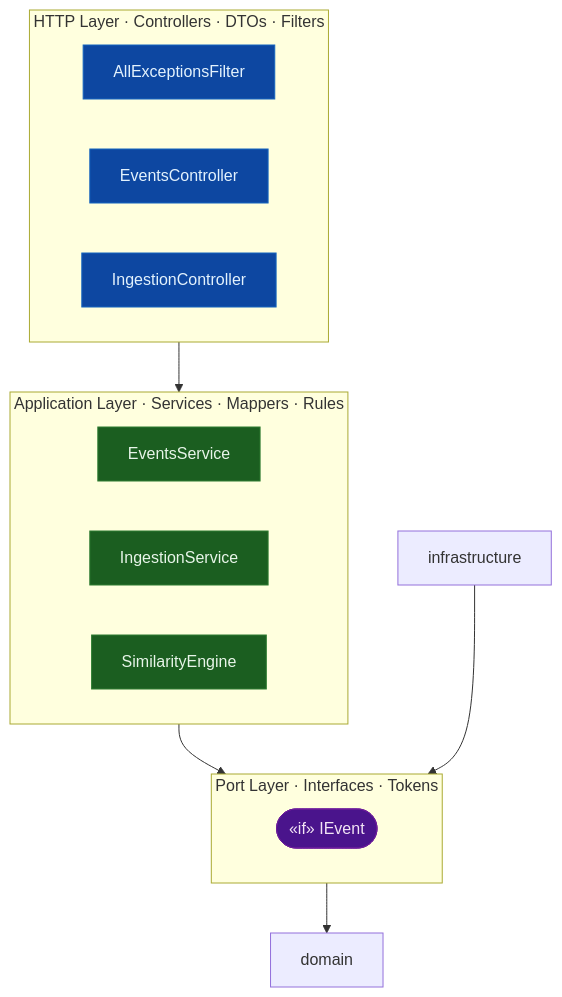
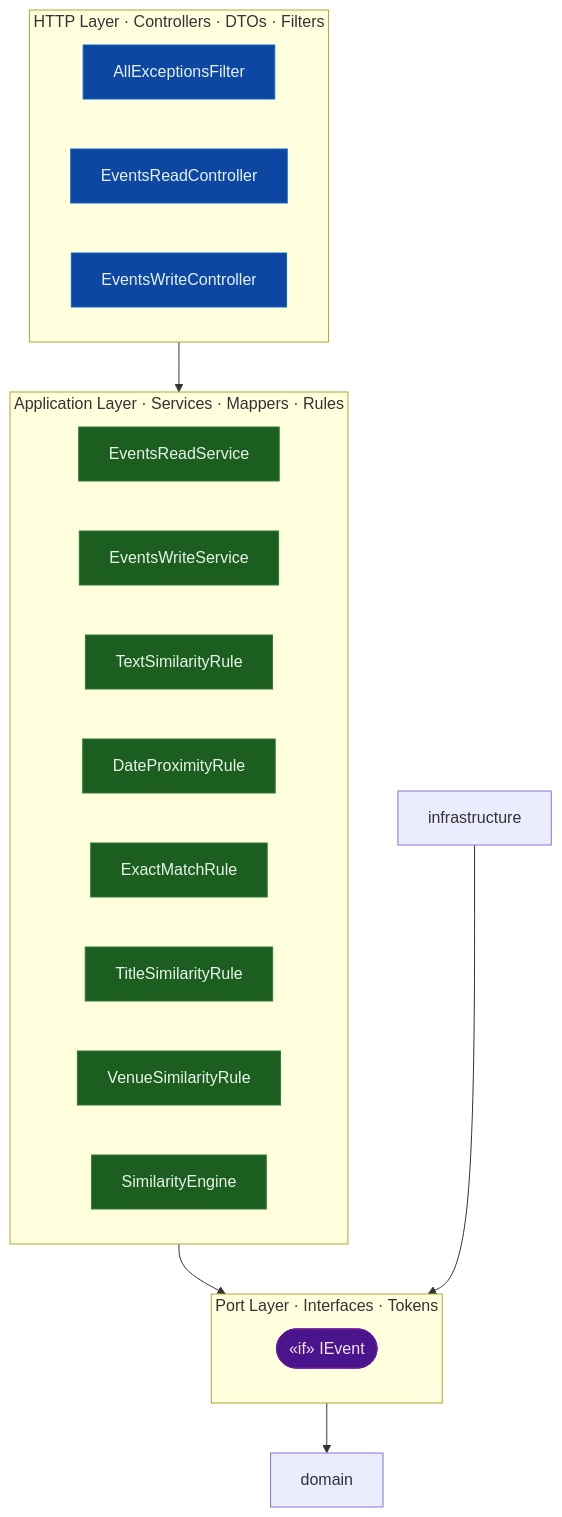
The third of 3 diagrams in docs/architecture.md (Phastboy/campuspulse), drawn with Mermaid before and after one commit. The commit also changed other lines of this file, not shown here.

First line of the commit message:
docs(architecture): update diagrams with consolidated event module structure

````diff
--- a/docs/architecture.md
+++ b/docs/architecture.md
@@ -108,38 +97,48 @@
 ```mermaid
 graph TB
   %% Layers — arrows show the only allowed dependency direction
 
   subgraph http ["HTTP Layer · Controllers · DTOs · Filters"]
     AllExceptionsFilter["AllExceptionsFilter"]
-    EventsController["EventsController"]
-    IngestionController["IngestionController"]
+    EventsReadController["EventsReadController"]
+    EventsWriteController["EventsWriteController"]
   end
 
   subgraph application ["Application Layer · Services · Mappers · Rules"]
-    EventsService["EventsService"]
-    IngestionService["IngestionService"]
+    EventsReadService["EventsReadService"]
+    EventsWriteService["EventsWriteService"]
+    TextSimilarityRule["TextSimilarityRule"]
+    DateProximityRule["DateProximityRule"]
+    ExactMatchRule["ExactMatchRule"]
+    TitleSimilarityRule["TitleSimilarityRule"]
+    VenueSimilarityRule["VenueSimilarityRule"]
     SimilarityEngine["SimilarityEngine"]
   end
 
   subgraph port ["Port Layer · Interfaces · Tokens"]
     IEvent(["«if» IEvent"])
   end
 
   http          --> application
   application   --> port
   port          --> domain
   infrastructure --> port
 
   classDef http   fill:#0d47a1,stroke:#1565c0,color:#e3f2fd
   classDef app    fill:#1b5e20,stroke:#2e7d32,color:#e8f5e9
   classDef port   fill:#4a148c,stroke:#6a1b9a,color:#f3e5f5
   classDef domain fill:#e65100,stroke:#ef6c00,color:#fff3e0
   classDef infra  fill:#37474f,stroke:#455a64,color:#eceff1
   class AllExceptionsFilter http
-  class EventsController http
-  class IngestionController http
-  class EventsService app
-  class IngestionService app
+  class EventsReadController http
+  class EventsWriteController http
+  class EventsReadService app
+  class EventsWriteService app
+  class TextSimilarityRule app
+  class DateProximityRule app
+  class ExactMatchRule app
+  class TitleSimilarityRule app
+  class VenueSimilarityRule app
   class SimilarityEngine app
   class IEvent port
 ```
````
